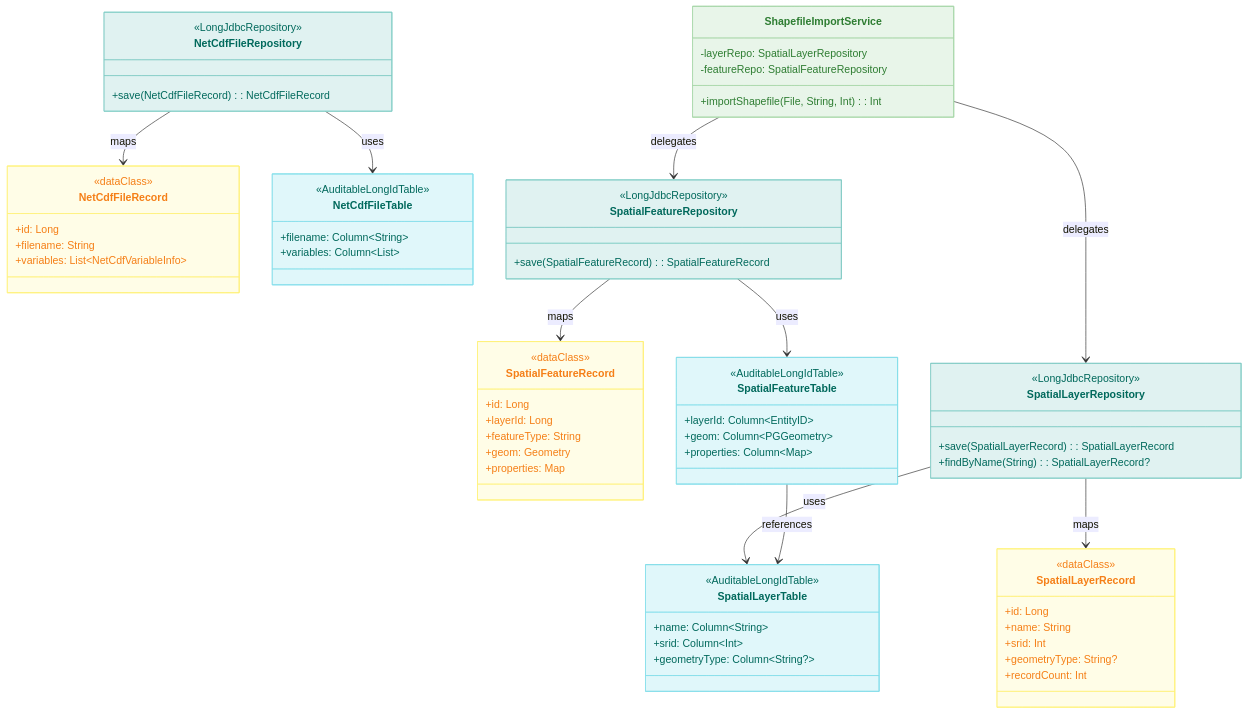
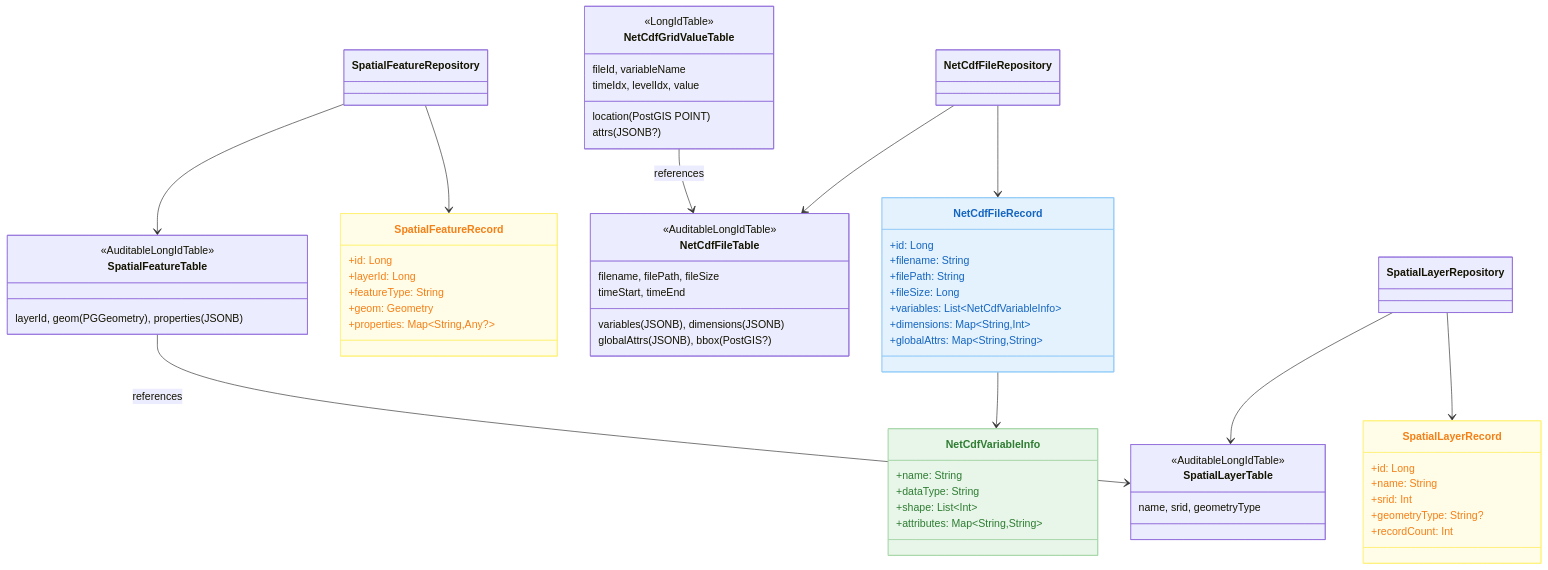
The third of 3 diagrams in utils/science/README.md (bluetape4k/bluetape4k-projects), drawn with Mermaid before and after one commit. The commit also changed other lines of this file and 2 other files, not shown here.

First line of the commit message:
docs(utils/science): README 전면 재작성 — NetCDF/Shapefile/GIS/JTS/PostGIS 통합 가이드 (#128)

````diff
--- a/utils/science/README.md
+++ b/utils/science/README.md
@@ -110,7 +123,6 @@
     direction TB
 
     class SpatialLayerRecord {
-        <<dataClass>>
         +id: Long
         +name: String
         +srid: Int
@@ -118,76 +130,63 @@
         +recordCount: Int
     }
     class SpatialFeatureRecord {
-        <<dataClass>>
         +id: Long
         +layerId: Long
         +featureType: String
         +geom: Geometry
-        +properties: Map
+        +properties: Map~String,Any?~
     }
     class NetCdfFileRecord {
-        <<dataClass>>
         +id: Long
         +filename: String
+        +filePath: String
+        +fileSize: Long
         +variables: List~NetCdfVariableInfo~
+        +dimensions: Map~String,Int~
+        +globalAttrs: Map~String,String~
+    }
+    class NetCdfVariableInfo {
+        +name: String
+        +dataType: String
+        +shape: List~Int~
+        +attributes: Map~String,String~
     }
 
     class SpatialLayerTable {
         <<AuditableLongIdTable>>
-        +name: Column~String~
-        +srid: Column~Int~
-        +geometryType: Column~String?~
+        name, srid, geometryType
     }
     class SpatialFeatureTable {
         <<AuditableLongIdTable>>
-        +layerId: Column~EntityID~
-        +geom: Column~PGGeometry~
-        +properties: Column~Map~
+        layerId, geom(PGGeometry), properties(JSONB)
     }
     class NetCdfFileTable {
         <<AuditableLongIdTable>>
-        +filename: Column~String~
-        +variables: Column~List~
+        filename, filePath, fileSize
+        variables(JSONB), dimensions(JSONB)
+        globalAttrs(JSONB), bbox(PostGIS?)
+        timeStart, timeEnd
+    }
+    class NetCdfGridValueTable {
+        <<LongIdTable>>
+        fileId, variableName
+        location(PostGIS POINT)
+        timeIdx, levelIdx, value
+        attrs(JSONB?)
     }
 
-    class SpatialLayerRepository {
-        <<LongJdbcRepository>>
-        +save(SpatialLayerRecord): SpatialLayerRecord
-        +findByName(String): SpatialLayerRecord?
-    }
-    class SpatialFeatureRepository {
-        <<LongJdbcRepository>>
-        +save(SpatialFeatureRecord): SpatialFeatureRecord
-    }
-    class NetCdfFileRepository {
-        <<LongJdbcRepository>>
-        +save(NetCdfFileRecord): NetCdfFileRecord
-    }
+    SpatialLayerRepository --> SpatialLayerTable
+    SpatialLayerRepository --> SpatialLayerRecord
+    SpatialFeatureRepository --> SpatialFeatureTable
+    SpatialFeatureRepository --> SpatialFeatureRecord
+    NetCdfFileRepository --> NetCdfFileTable
+    NetCdfFileRepository --> NetCdfFileRecord
+    NetCdfFileRecord --> NetCdfVariableInfo
+    SpatialFeatureTable --> SpatialLayerTable : references
+    NetCdfGridValueTable --> NetCdfFileTable : references
 
-    class ShapefileImportService {
-        -layerRepo: SpatialLayerRepository
-        -featureRepo: SpatialFeatureRepository
-        +importShapefile(File, String, Int): Int
-    }
-
-    SpatialLayerRepository --> SpatialLayerTable : uses
-    SpatialLayerRepository --> SpatialLayerRecord : maps
-    SpatialFeatureRepository --> SpatialFeatureTable : uses
-    SpatialFeatureRepository --> SpatialFeatureRecord : maps
-    NetCdfFileRepository --> NetCdfFileTable : uses
-    NetCdfFileRepository --> NetCdfFileRecord : maps
-    ShapefileImportService --> SpatialLayerRepository : delegates
-    ShapefileImportService --> SpatialFeatureRepository : delegates
-    SpatialFeatureTable --> SpatialLayerTable : references
-
+    style NetCdfFileRecord fill:#E3F2FD,stroke:#90CAF9,color:#1565C0
     style SpatialLayerRecord fill:#FFFDE7,stroke:#FFF176,color:#F57F17
     style SpatialFeatureRecord fill:#FFFDE7,stroke:#FFF176,color:#F57F17
-    style NetCdfFileRecord fill:#FFFDE7,stroke:#FFF176,color:#F57F17
-    style SpatialLayerTable fill:#E0F7FA,stroke:#80DEEA,color:#00695C
-    style SpatialFeatureTable fill:#E0F7FA,stroke:#80DEEA,color:#00695C
-    style NetCdfFileTable fill:#E0F7FA,stroke:#80DEEA,color:#00695C
-    style SpatialLayerRepository fill:#E0F2F1,stroke:#80CBC4,color:#00695C
-    style SpatialFeatureRepository fill:#E0F2F1,stroke:#80CBC4,color:#00695C
-    style NetCdfFileRepository fill:#E0F2F1,stroke:#80CBC4,color:#00695C
-    style ShapefileImportService fill:#E8F5E9,stroke:#A5D6A7,color:#2E7D32
+    style NetCdfVariableInfo fill:#E8F5E9,stroke:#A5D6A7,color:#2E7D32
 ```
````
